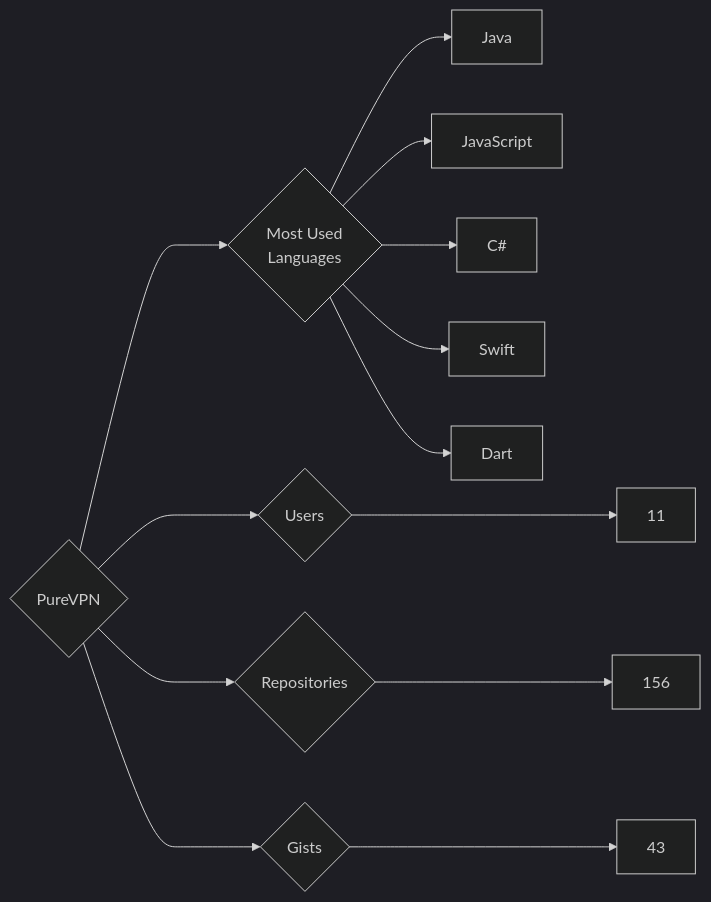
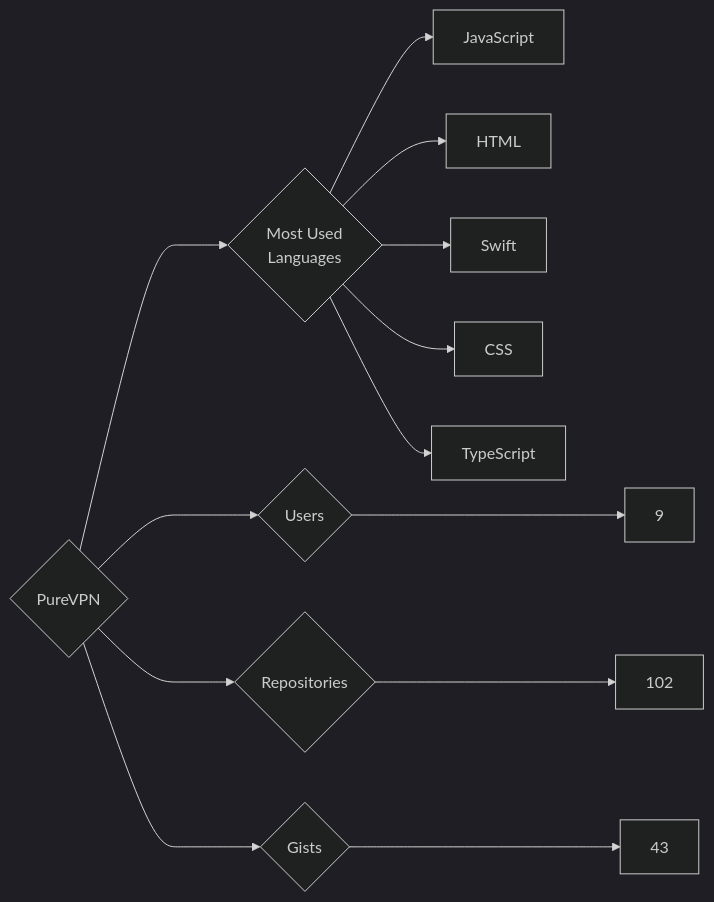
One commit to trickest/insiders changed the diagram in targets/PureVPN/README.md. Above: the diagram before and after it, drawn with Mermaid (dark theme). The commit also changed 725 other files, not shown here.

````diff
--- a/targets/PureVPN/README.md
+++ b/targets/PureVPN/README.md
@@ -3,13 +3,13 @@
 ```mermaid
 graph LR
 COMPANY_NAME{PureVPN}
-COMPANY_NAME ---> U{Users} ---> UN[11]
-COMPANY_NAME ---> R{Repositories} ---> RN[156]
+COMPANY_NAME ---> U{Users} ---> UN[9]
+COMPANY_NAME ---> R{Repositories} ---> RN[102]
 COMPANY_NAME ---> G{Gists} ---> GN[43]
 COMPANY_NAME ---> ML{Most Used<br>Languages}
-ML --> Java[Java]
 ML --> JavaScript[JavaScript]
-ML --> C#[C#]
+ML --> HTML[HTML]
 ML --> Swift[Swift]
-ML --> Dart[Dart]
+ML --> CSS[CSS]
+ML --> TypeScript[TypeScript]
 ```
````
